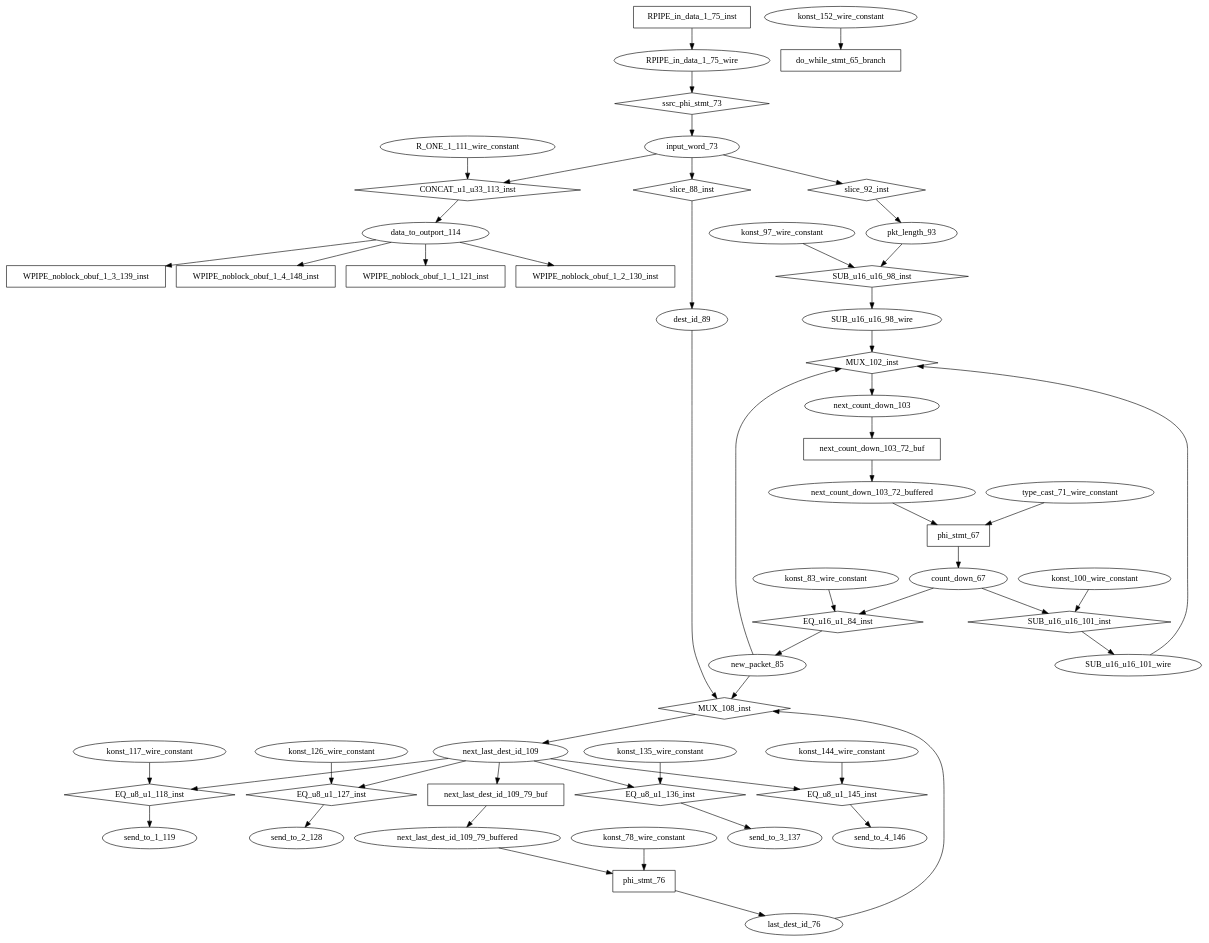
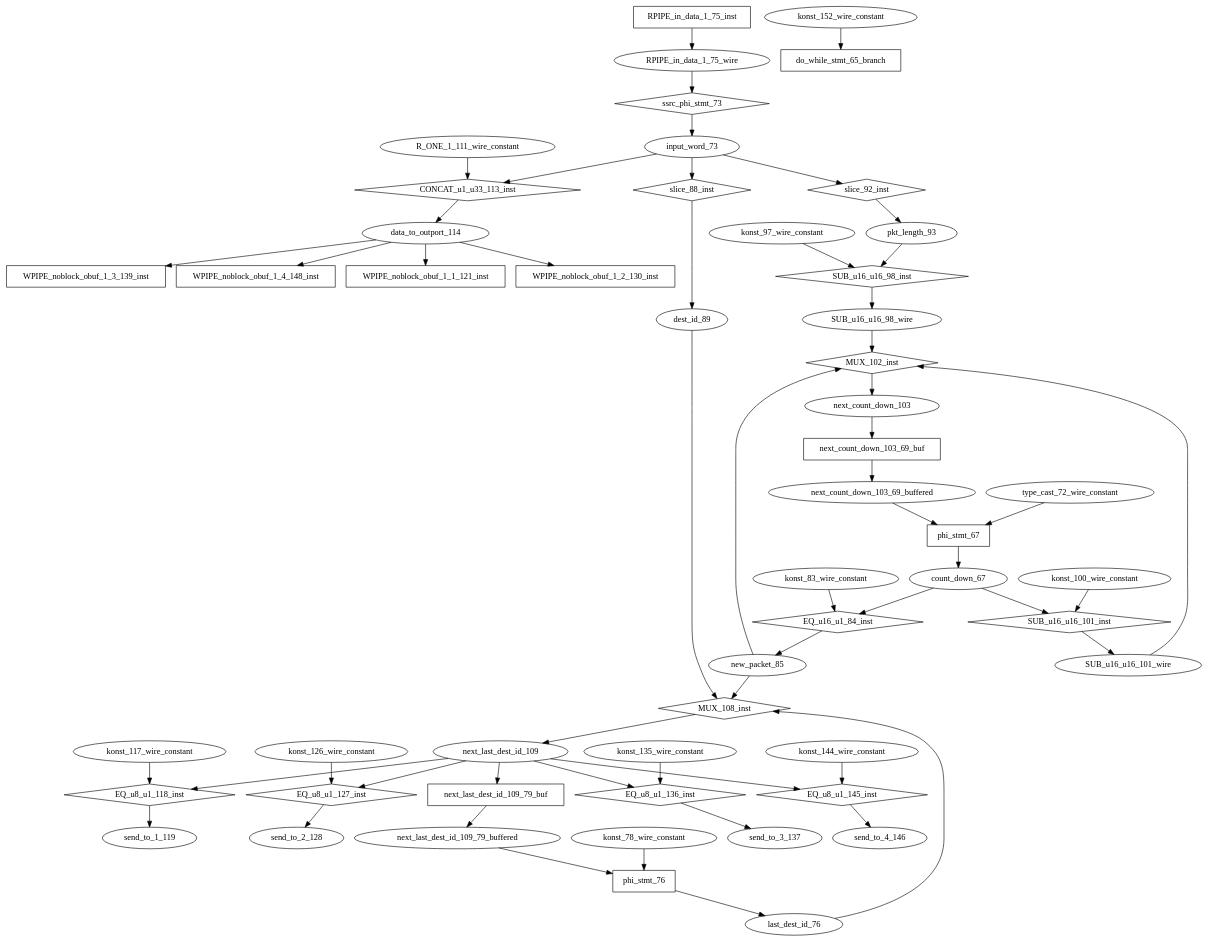
One commit to Anubhav2017/4x4_switch changed the diagram in hw/inputPort_1_Daemon_DP.dot. Above: the diagram before and after it, drawn with Graphviz. The commit also changed 24 other files, not shown here.

```diff
--- a/hw/inputPort_1_Daemon_DP.dot
+++ b/hw/inputPort_1_Daemon_DP.dot
@@ -1,108 +1,108 @@
 digraph data_path {
   RPIPE_in_data_1_75_wire [shape=ellipse];
   R_ONE_1_111_wire_constant [shape=ellipse];
   SUB_u16_u16_101_wire [shape=ellipse];
   SUB_u16_u16_98_wire [shape=ellipse];
   count_down_67 [shape=ellipse];
   data_to_outport_114 [shape=ellipse];
   dest_id_89 [shape=ellipse];
   input_word_73 [shape=ellipse];
   konst_100_wire_constant [shape=ellipse];
   konst_117_wire_constant [shape=ellipse];
   konst_126_wire_constant [shape=ellipse];
   konst_135_wire_constant [shape=ellipse];
   konst_144_wire_constant [shape=ellipse];
   konst_152_wire_constant [shape=ellipse];
   konst_78_wire_constant [shape=ellipse];
   konst_83_wire_constant [shape=ellipse];
   konst_97_wire_constant [shape=ellipse];
   last_dest_id_76 [shape=ellipse];
   new_packet_85 [shape=ellipse];
   next_count_down_103 [shape=ellipse];
-  next_count_down_103_72_buffered [shape=ellipse];
+  next_count_down_103_69_buffered [shape=ellipse];
   next_last_dest_id_109 [shape=ellipse];
   next_last_dest_id_109_79_buffered [shape=ellipse];
   pkt_length_93 [shape=ellipse];
   send_to_1_119 [shape=ellipse];
   send_to_2_128 [shape=ellipse];
   send_to_3_137 [shape=ellipse];
   send_to_4_146 [shape=ellipse];
-  type_cast_71_wire_constant [shape=ellipse];
+  type_cast_72_wire_constant [shape=ellipse];
   CONCAT_u1_u33_113_inst [shape=diamond];
 R_ONE_1_111_wire_constant  -> CONCAT_u1_u33_113_inst;
 input_word_73  -> CONCAT_u1_u33_113_inst;
 CONCAT_u1_u33_113_inst -> data_to_outport_114;
   EQ_u16_u1_84_inst [shape=diamond];
 count_down_67  -> EQ_u16_u1_84_inst;
 konst_83_wire_constant  -> EQ_u16_u1_84_inst;
 EQ_u16_u1_84_inst -> new_packet_85;
   EQ_u8_u1_118_inst [shape=diamond];
 next_last_dest_id_109  -> EQ_u8_u1_118_inst;
 konst_117_wire_constant  -> EQ_u8_u1_118_inst;
 EQ_u8_u1_118_inst -> send_to_1_119;
   EQ_u8_u1_127_inst [shape=diamond];
 next_last_dest_id_109  -> EQ_u8_u1_127_inst;
 konst_126_wire_constant  -> EQ_u8_u1_127_inst;
 EQ_u8_u1_127_inst -> send_to_2_128;
   EQ_u8_u1_136_inst [shape=diamond];
 next_last_dest_id_109  -> EQ_u8_u1_136_inst;
 konst_135_wire_constant  -> EQ_u8_u1_136_inst;
 EQ_u8_u1_136_inst -> send_to_3_137;
   EQ_u8_u1_145_inst [shape=diamond];
 next_last_dest_id_109  -> EQ_u8_u1_145_inst;
 konst_144_wire_constant  -> EQ_u8_u1_145_inst;
 EQ_u8_u1_145_inst -> send_to_4_146;
   MUX_102_inst [shape=diamond];
 new_packet_85  -> MUX_102_inst;
 SUB_u16_u16_98_wire  -> MUX_102_inst;
 SUB_u16_u16_101_wire  -> MUX_102_inst;
 MUX_102_inst -> next_count_down_103;
   MUX_108_inst [shape=diamond];
 new_packet_85  -> MUX_108_inst;
 dest_id_89  -> MUX_108_inst;
 last_dest_id_76  -> MUX_108_inst;
 MUX_108_inst -> next_last_dest_id_109;
   RPIPE_in_data_1_75_inst [shape=rectangle];
 RPIPE_in_data_1_75_inst -> RPIPE_in_data_1_75_wire;
   SUB_u16_u16_101_inst [shape=diamond];
 count_down_67  -> SUB_u16_u16_101_inst;
 konst_100_wire_constant  -> SUB_u16_u16_101_inst;
 SUB_u16_u16_101_inst -> SUB_u16_u16_101_wire;
   SUB_u16_u16_98_inst [shape=diamond];
 pkt_length_93  -> SUB_u16_u16_98_inst;
 konst_97_wire_constant  -> SUB_u16_u16_98_inst;
 SUB_u16_u16_98_inst -> SUB_u16_u16_98_wire;
   WPIPE_noblock_obuf_1_1_121_inst [shape=rectangle];
 data_to_outport_114  -> WPIPE_noblock_obuf_1_1_121_inst;
   WPIPE_noblock_obuf_1_2_130_inst [shape=rectangle];
 data_to_outport_114  -> WPIPE_noblock_obuf_1_2_130_inst;
   WPIPE_noblock_obuf_1_3_139_inst [shape=rectangle];
 data_to_outport_114  -> WPIPE_noblock_obuf_1_3_139_inst;
   WPIPE_noblock_obuf_1_4_148_inst [shape=rectangle];
 data_to_outport_114  -> WPIPE_noblock_obuf_1_4_148_inst;
   do_while_stmt_65_branch [shape=rectangle];
 konst_152_wire_constant  -> do_while_stmt_65_branch;
-  next_count_down_103_72_buf [shape=rectangle];
-next_count_down_103  -> next_count_down_103_72_buf;
-next_count_down_103_72_buf -> next_count_down_103_72_buffered;
+  next_count_down_103_69_buf [shape=rectangle];
+next_count_down_103  -> next_count_down_103_69_buf;
+next_count_down_103_69_buf -> next_count_down_103_69_buffered;
   next_last_dest_id_109_79_buf [shape=rectangle];
 next_last_dest_id_109  -> next_last_dest_id_109_79_buf;
 next_last_dest_id_109_79_buf -> next_last_dest_id_109_79_buffered;
   phi_stmt_67 [shape=rectangle];
-type_cast_71_wire_constant  -> phi_stmt_67;
-next_count_down_103_72_buffered  -> phi_stmt_67;
+next_count_down_103_69_buffered  -> phi_stmt_67;
+type_cast_72_wire_constant  -> phi_stmt_67;
 phi_stmt_67 -> count_down_67;
   phi_stmt_76 [shape=rectangle];
 konst_78_wire_constant  -> phi_stmt_76;
 next_last_dest_id_109_79_buffered  -> phi_stmt_76;
 phi_stmt_76 -> last_dest_id_76;
   slice_88_inst [shape=diamond];
 input_word_73  -> slice_88_inst;
 slice_88_inst -> dest_id_89;
   slice_92_inst [shape=diamond];
 input_word_73  -> slice_92_inst;
 slice_92_inst -> pkt_length_93;
   ssrc_phi_stmt_73 [shape=diamond];
 RPIPE_in_data_1_75_wire  -> ssrc_phi_stmt_73;
 ssrc_phi_stmt_73 -> input_word_73;
 }
```
